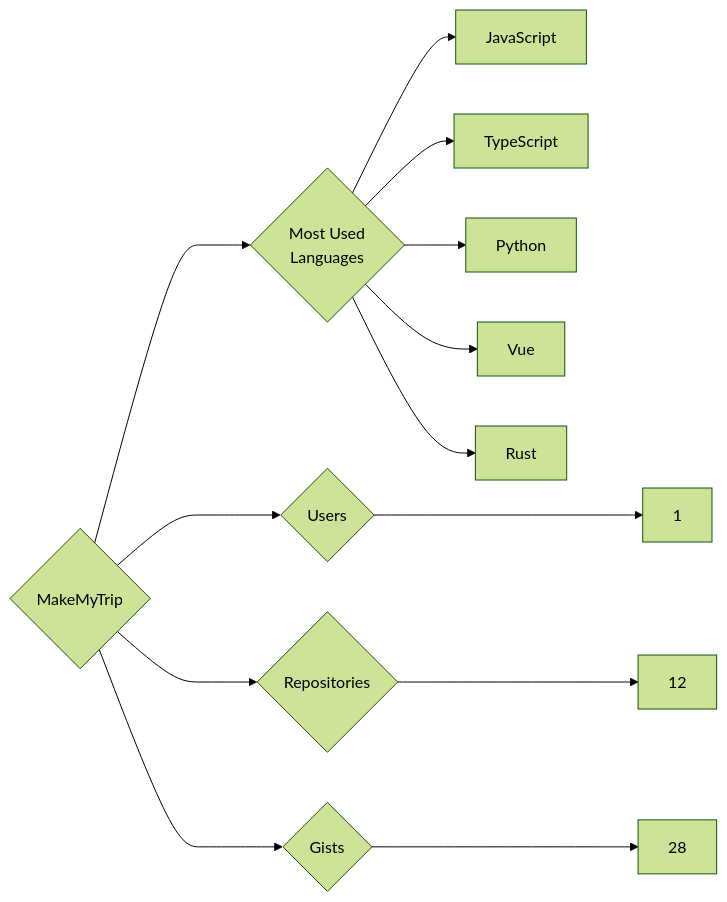
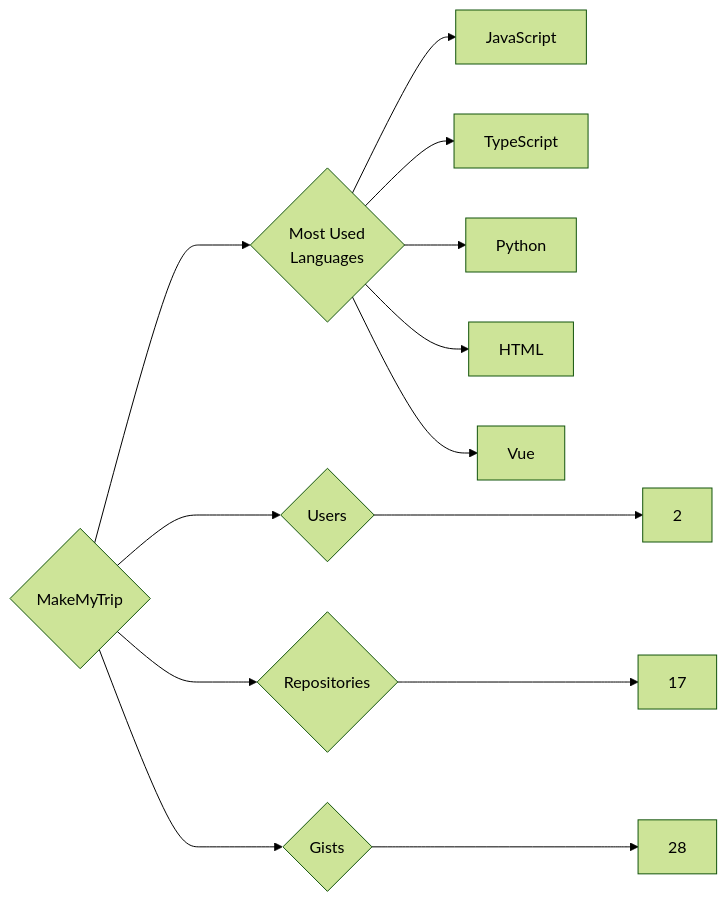
One commit to trickest/insiders changed the diagram in targets/MakeMyTrip/README.md. Above: the diagram before and after it, drawn with Mermaid (forest theme). The commit also changed 750 other files, not shown here.

````diff
--- a/targets/MakeMyTrip/README.md
+++ b/targets/MakeMyTrip/README.md
@@ -3,13 +3,13 @@
 ```mermaid
 graph LR
 COMPANY_NAME{MakeMyTrip}
-COMPANY_NAME ---> U{Users} ---> UN[1]
-COMPANY_NAME ---> R{Repositories} ---> RN[12]
+COMPANY_NAME ---> U{Users} ---> UN[2]
+COMPANY_NAME ---> R{Repositories} ---> RN[17]
 COMPANY_NAME ---> G{Gists} ---> GN[28]
 COMPANY_NAME ---> ML{Most Used<br>Languages}
 ML --> JavaScript[JavaScript]
 ML --> TypeScript[TypeScript]
 ML --> Python[Python]
+ML --> HTML[HTML]
 ML --> Vue[Vue]
-ML --> Rust[Rust]
 ```
````
